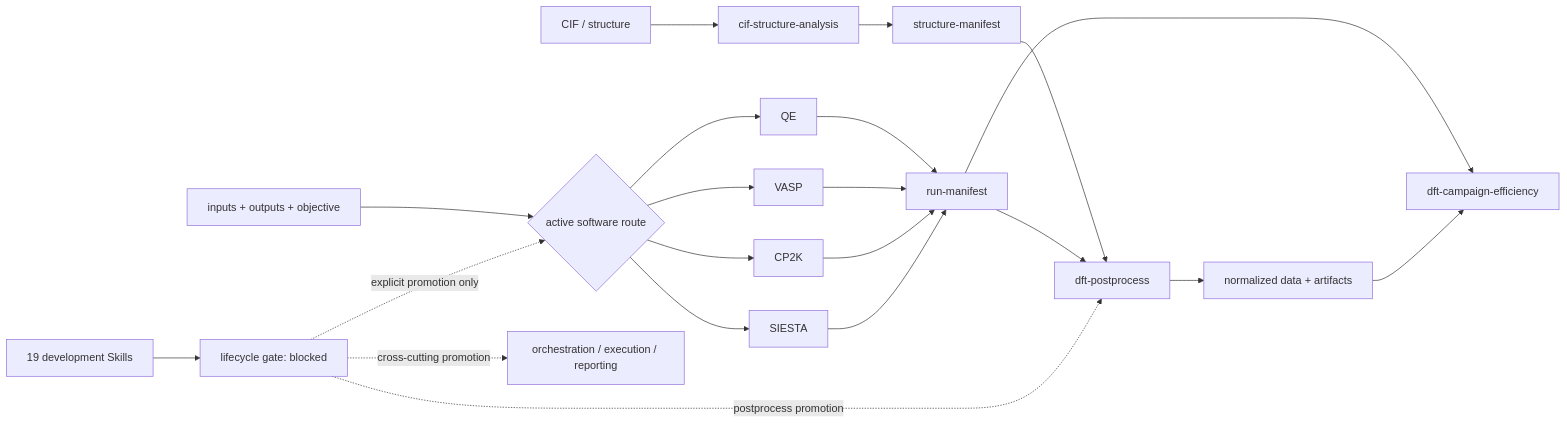
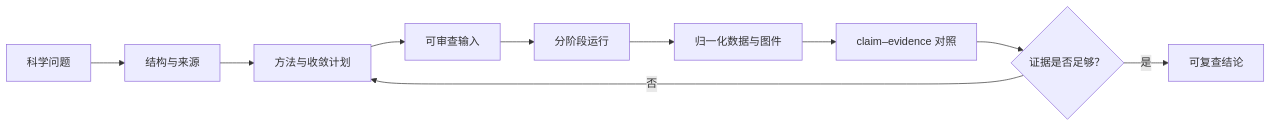
The diagram in README.md (Maxwell3919/Vibe-DFT-Skills), drawn with Mermaid before and after one commit. The commit also changed other lines of this file and 2 other files, not shown here.

````diff
--- a/README.md
+++ b/README.md
@@ -273,23 +31,12 @@
 ```mermaid
 flowchart LR
-    S["CIF / structure"] --> C["cif-structure-analysis"]
-    C --> SM["structure-manifest"]
-    I["inputs + outputs + objective"] --> R{"active software route"}
-    R --> QE["QE"]
-    R --> VA["VASP"]
-    R --> CP["CP2K"]
-    R --> SI["SIESTA"]
-    QE --> RM["run-manifest"]
-    VA --> RM
-    CP --> RM
-    SI --> RM
-    SM --> PP["dft-postprocess"]
-    RM --> PP
-    PP --> AM["normalized data + artifacts"]
-    RM --> EF["dft-campaign-efficiency"]
-    AM --> EF
-    DEV["19 development Skills"] --> G["lifecycle gate: blocked"]
-    G -. "explicit promotion only" .-> R
-    G -. "postprocess promotion" .-> PP
-    G -. "cross-cutting promotion" .-> X["orchestration / execution / reporting"]
+    Q["科学问题"] --> S["结构与来源"]
+    S --> P["方法与收敛计划"]
+    P --> I["可审查输入"]
+    I --> R["分阶段运行"]
+    R --> D["归一化数据与图件"]
+    D --> E["claim–evidence 对照"]
+    E --> C{"证据是否足够？"}
+    C -- "否" --> P
+    C -- "是" --> O["可复查结论"]
 ```
````
